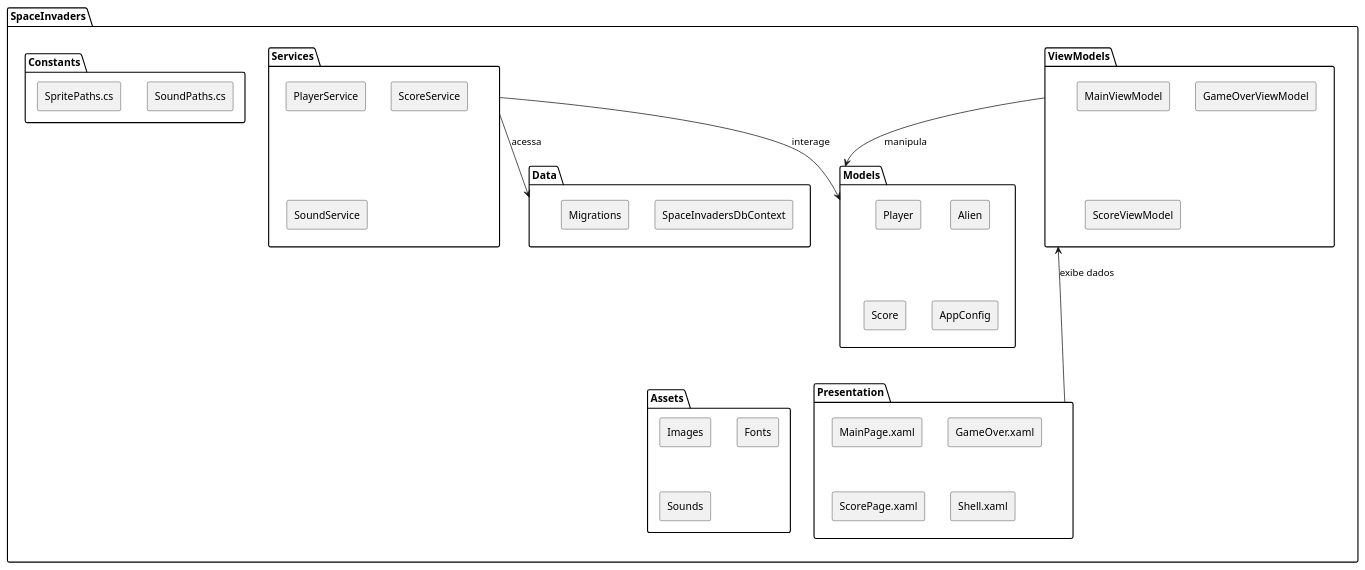
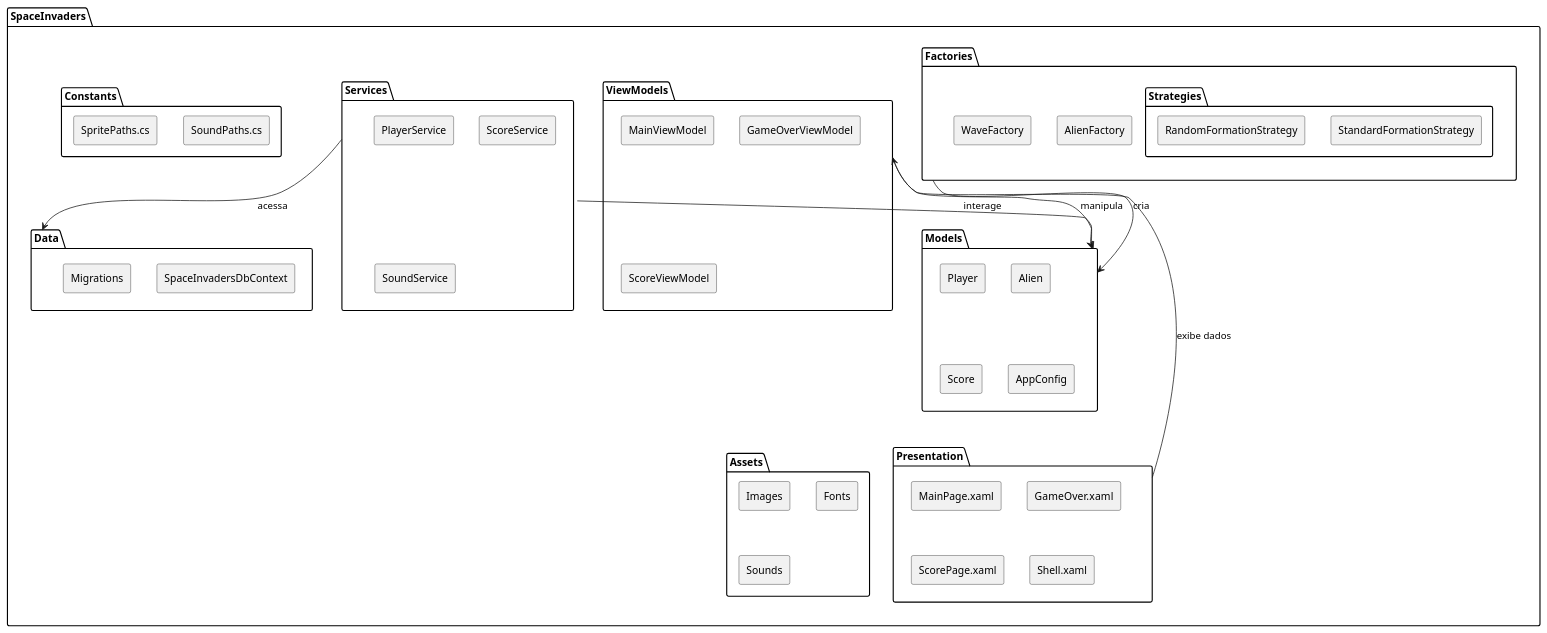
One commit to Opaleiros-Foundation/space-invaders-punk changed the first of 9 diagrams in Writerside/topics/UML.md. Above: the diagram before and after it, drawn with PlantUML. The commit also changed other lines of this file and 2 other files, not shown here.

First line of the commit message:
docs: Update documentation for patterns, UML, and data model

````diff
--- a/Writerside/topics/UML.md
+++ b/Writerside/topics/UML.md
@@ -13,54 +13,64 @@
 ```plantuml
 @startuml
 skinparam componentStyle rectangle
 
 package "SpaceInvaders" {
     folder "Models" {
         [Player]
         [Alien]
         [Score]
         [AppConfig]
     }
 
     folder "ViewModels" {
         [MainViewModel]
         [GameOverViewModel]
         [ScoreViewModel]
     }
 
     folder "Services" {
         [PlayerService]
         [ScoreService]
         [SoundService]
+    }
+
+    folder "Factories" {
+        [AlienFactory]
+        [WaveFactory]
+        folder "Strategies" {
+            [StandardFormationStrategy]
+            [RandomFormationStrategy]
+        }
     }
 
     folder "Data" {
         [SpaceInvadersDbContext]
         [Migrations]
     }
 
     folder "Presentation" {
         [MainPage.xaml]
         [GameOver.xaml]
         [ScorePage.xaml]
         [Shell.xaml]
     }
 
     folder "Constants" {
         [SoundPaths.cs]
         [SpritePaths.cs]
     }
 
     folder "Assets" {
         [Images]
         [Fonts]
         [Sounds]
     }
 }
 
 ViewModels --> Models : manipula
 Services --> Models : interage
 Services --> Data : acessa
 Presentation --> ViewModels : exibe dados
+Factories --> Models : cria
 @enduml
 ```
````
